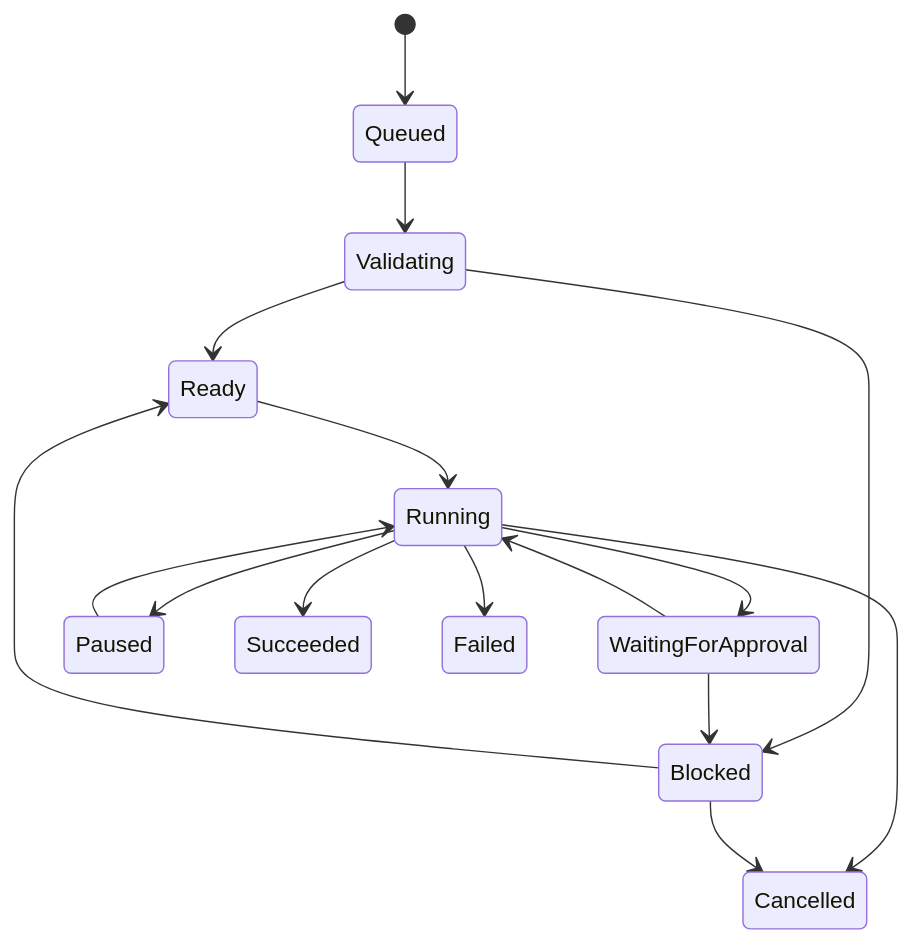
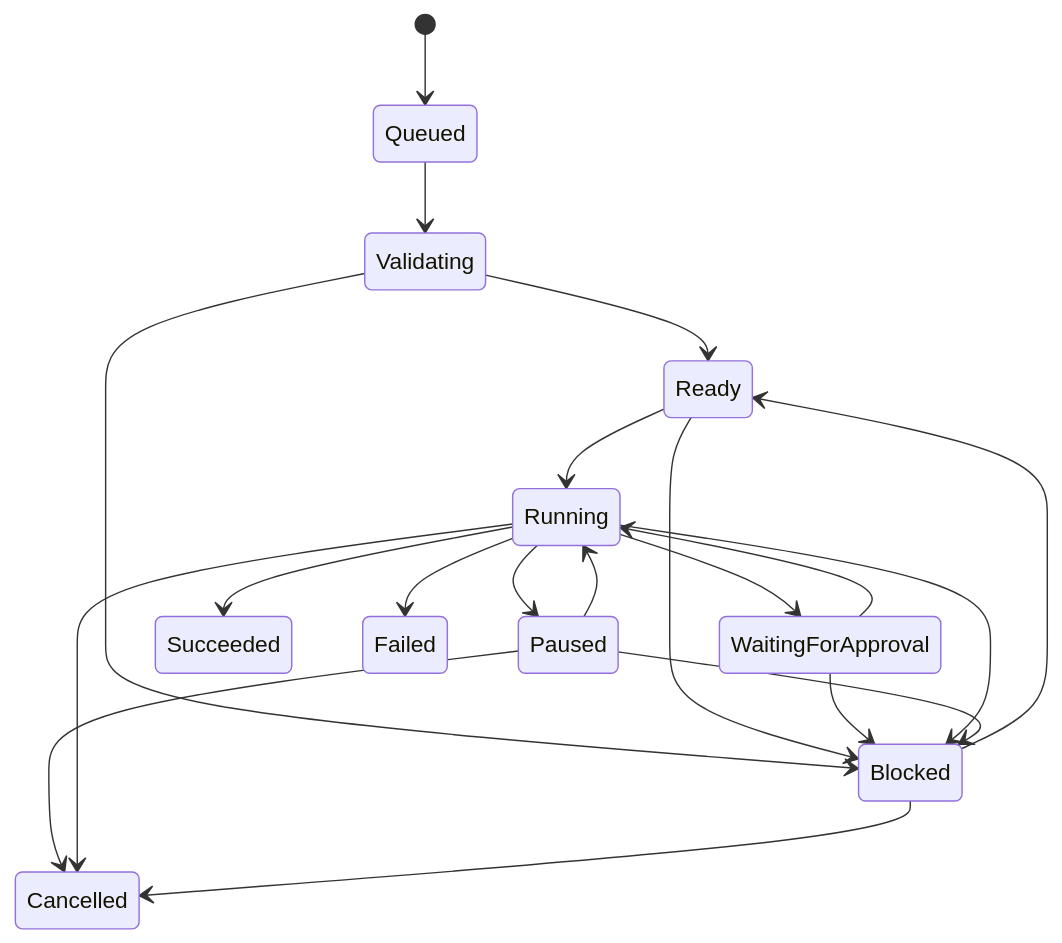
The diagram in workflows/WORKFLOW_MANAGEMENT.md (alexth110987/Agent-Foundation), drawn with Mermaid before and after one commit. The commit also changed other lines of this file and 7 other files, not shown here.

First line of the commit message:
docs: resolve architecture consistency findings AR-01 to AR-04

````diff
--- a/workflows/WORKFLOW_MANAGEMENT.md
+++ b/workflows/WORKFLOW_MANAGEMENT.md
@@ -134,18 +134,22 @@
 ```mermaid
 stateDiagram-v2
     [*] --> Queued
     Queued --> Validating
     Validating --> Ready
     Validating --> Blocked
     Ready --> Running
+    Ready --> Blocked
     Running --> WaitingForApproval
     WaitingForApproval --> Running
     WaitingForApproval --> Blocked
     Running --> Paused
+    Running --> Blocked
     Paused --> Running
+    Paused --> Blocked
+    Paused --> Cancelled
     Running --> Succeeded
     Running --> Failed
     Running --> Cancelled
     Blocked --> Ready
     Blocked --> Cancelled
 ```
````
